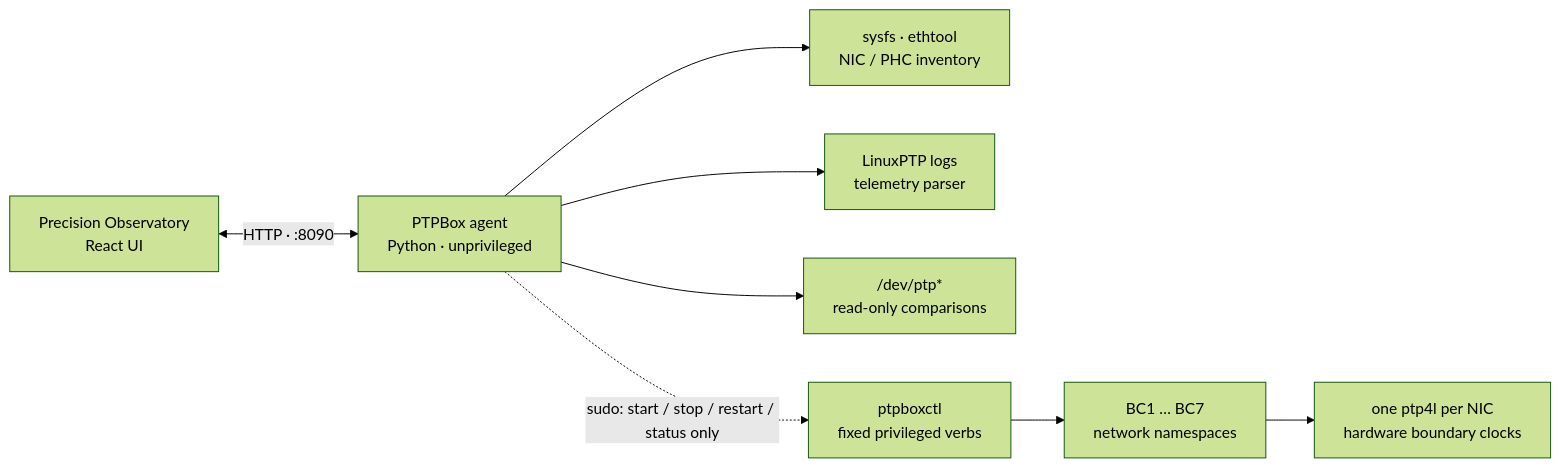
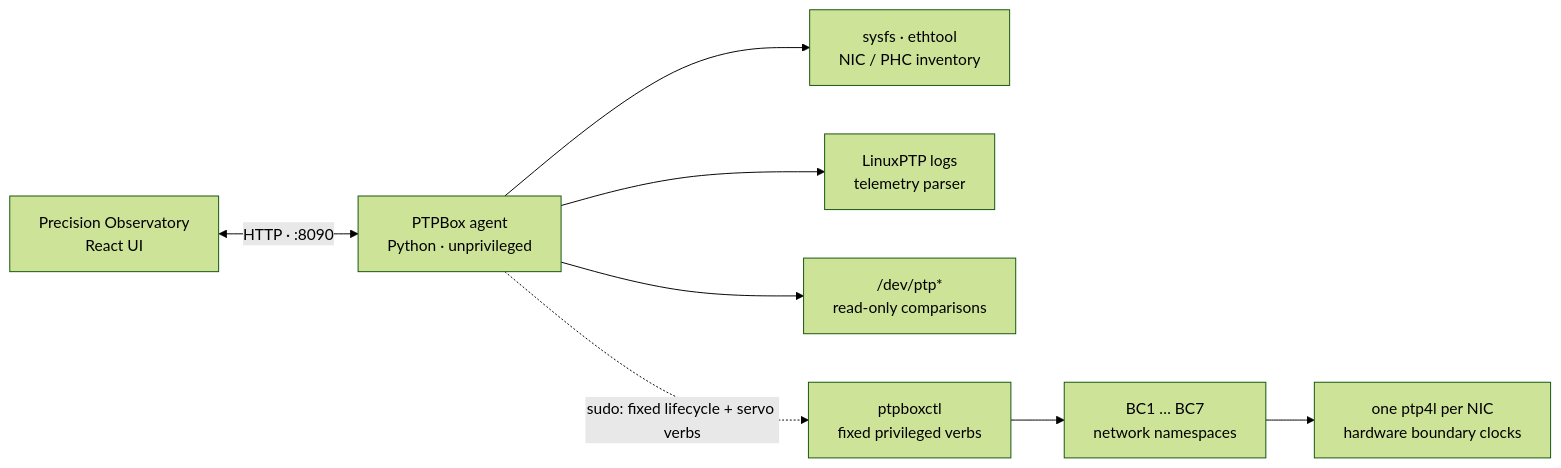
One commit to ahmadexp/PTPBox changed the diagram in README.md. Above: the diagram before and after it, drawn with Mermaid (forest theme). The commit also changed other lines of this file and 14 other files, not shown here.

````diff
--- a/README.md
+++ b/README.md
@@ -115,19 +115,19 @@
 ```mermaid
 flowchart LR
     Browser["Precision Observatory\nReact UI"]
     Agent["PTPBox agent\nPython · unprivileged"]
     Inventory["sysfs · ethtool\nNIC / PHC inventory"]
     Logs["LinuxPTP logs\ntelemetry parser"]
     PHCs["/dev/ptp*\nread-only comparisons"]
     Helper["ptpboxctl\nfixed privileged verbs"]
     NS["BC1 … BC7\nnetwork namespaces"]
     PTP["one ptp4l per NIC\nhardware boundary clocks"]
 
     Browser <-->|"HTTP · :8090"| Agent
     Agent --> Inventory
     Agent --> Logs
     Agent --> PHCs
-    Agent -. "sudo: start / stop / restart / status only" .-> Helper
+    Agent -. "sudo: fixed lifecycle + servo verbs" .-> Helper
     Helper --> NS
     NS --> PTP
 ```
````
